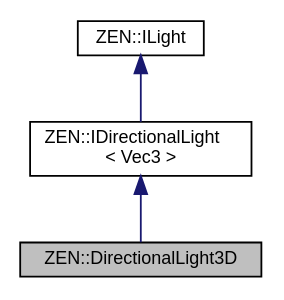
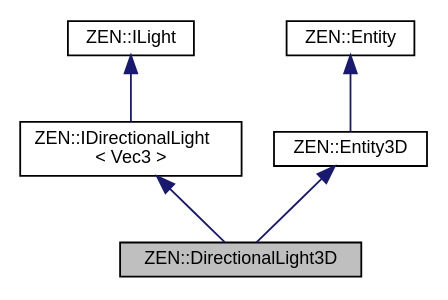
The diagram in classZEN_1_1DirectionalLight3D__inherit__graph.dot (markhj/zeronetics), drawn with Graphviz before and after one commit. The commit also changed 163 other files, not shown here.

```diff
--- a/classZEN_1_1DirectionalLight3D__inherit__graph.dot
+++ b/classZEN_1_1DirectionalLight3D__inherit__graph.dot
@@ -1,11 +1,15 @@
 digraph "ZEN::DirectionalLight3D"
 {
  // LATEX_PDF_SIZE
   edge [fontname="Helvetica",fontsize="10",labelfontname="Helvetica",labelfontsize="10"];
   node [fontname="Helvetica",fontsize="10",shape=record];
   Node1 [label="ZEN::DirectionalLight3D",height=0.2,width=0.4,color="black", fillcolor="grey75", style="filled", fontcolor="black",tooltip=" "];
   Node2 -> Node1 [dir="back",color="midnightblue",fontsize="10",style="solid",fontname="Helvetica"];
   Node2 [label="ZEN::IDirectionalLight\l\< Vec3 \>",height=0.2,width=0.4,color="black", fillcolor="white", style="filled",URL="$classZEN_1_1IDirectionalLight.html",tooltip=" "];
   Node3 -> Node2 [dir="back",color="midnightblue",fontsize="10",style="solid",fontname="Helvetica"];
   Node3 [label="ZEN::ILight",height=0.2,width=0.4,color="black", fillcolor="white", style="filled",URL="$classZEN_1_1ILight.html",tooltip=" "];
+  Node4 -> Node1 [dir="back",color="midnightblue",fontsize="10",style="solid",fontname="Helvetica"];
+  Node4 [label="ZEN::Entity3D",height=0.2,width=0.4,color="black", fillcolor="white", style="filled",URL="$classZEN_1_1Entity3D.html",tooltip=" "];
+  Node5 -> Node4 [dir="back",color="midnightblue",fontsize="10",style="solid",fontname="Helvetica"];
+  Node5 [label="ZEN::Entity",height=0.2,width=0.4,color="black", fillcolor="white", style="filled",URL="$classZEN_1_1Entity.html",tooltip=" "];
 }
```
